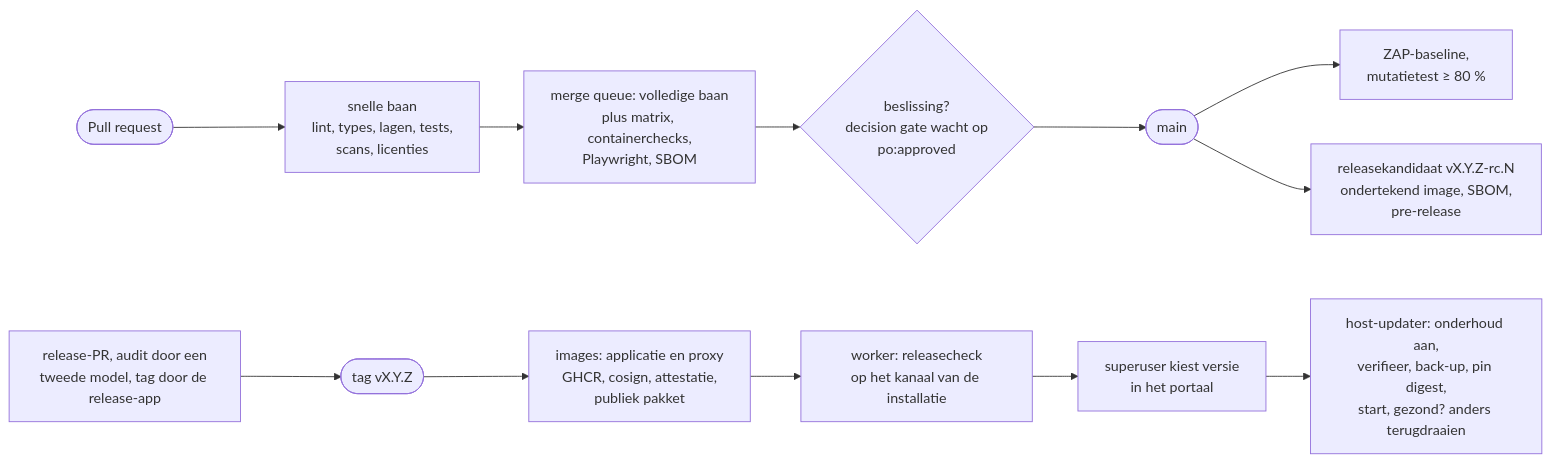
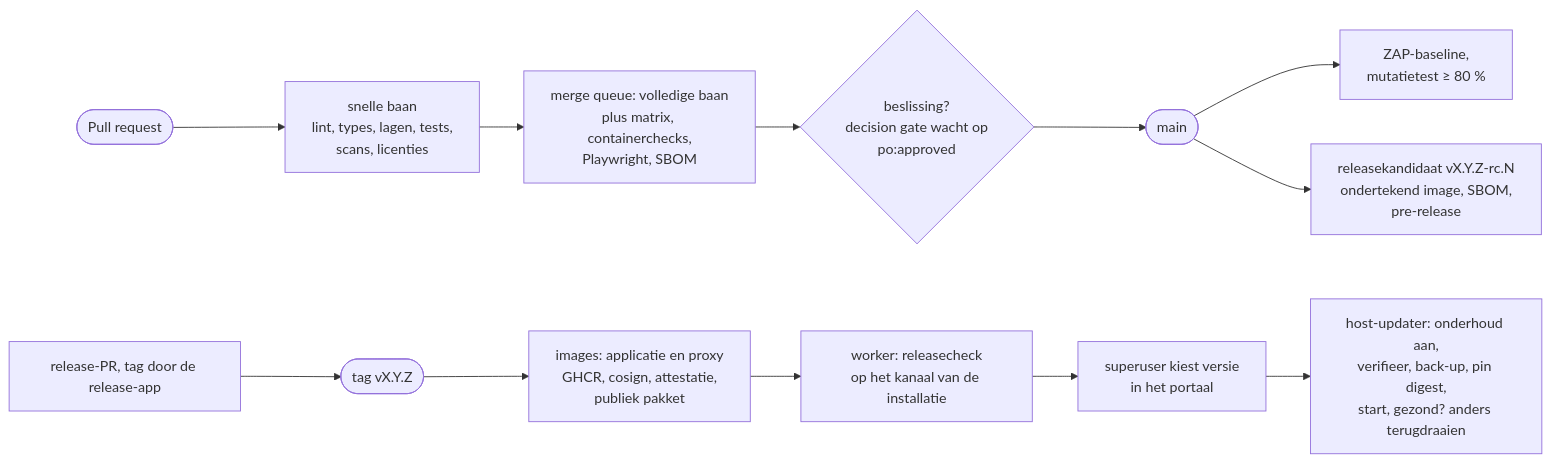
The seventh of 9 diagrams in docs/applicatie-architectuur.md (3Corners-Labs/OpenPlanner), drawn with Mermaid before and after one commit. The commit also changed other lines of this file and 21 other files, not shown here.

First line of the commit message:
chore(release): the independent release audit becomes optional (ADR 0128)

````diff
--- a/docs/applicatie-architectuur.md
+++ b/docs/applicatie-architectuur.md
@@ -997,14 +997,14 @@
 ```mermaid
 flowchart LR
     pr([Pull request]) --> fast["snelle baan<br/>lint, types, lagen, tests,<br/>scans, licenties"]
     fast --> queue["merge queue: volledige baan<br/>plus matrix, containerchecks,<br/>Playwright, SBOM"]
     queue --> gate{"beslissing?<br/>decision gate wacht op<br/>po:approved"}
     gate --> main([main])
     main --> zap["ZAP-baseline,<br/>mutatietest ≥ 80 %"]
     main --> rc["releasekandidaat vX.Y.Z-rc.N<br/>ondertekend image, SBOM,<br/>pre-release"]
-    rel["release-PR, audit door een<br/>tweede model, tag door de release-app"] --> tag([tag vX.Y.Z])
+    rel["release-PR, tag door de release-app"] --> tag([tag vX.Y.Z])
     tag --> img["images: applicatie en proxy<br/>GHCR, cosign, attestatie,<br/>publiek pakket"]
     img --> check["worker: releasecheck<br/>op het kanaal van de installatie"]
     check --> portal["superuser kiest versie<br/>in het portaal"]
     portal --> upd["host-updater: onderhoud aan,<br/>verifieer, back-up, pin digest,<br/>start, gezond? anders terugdraaien"]
 ```
````
